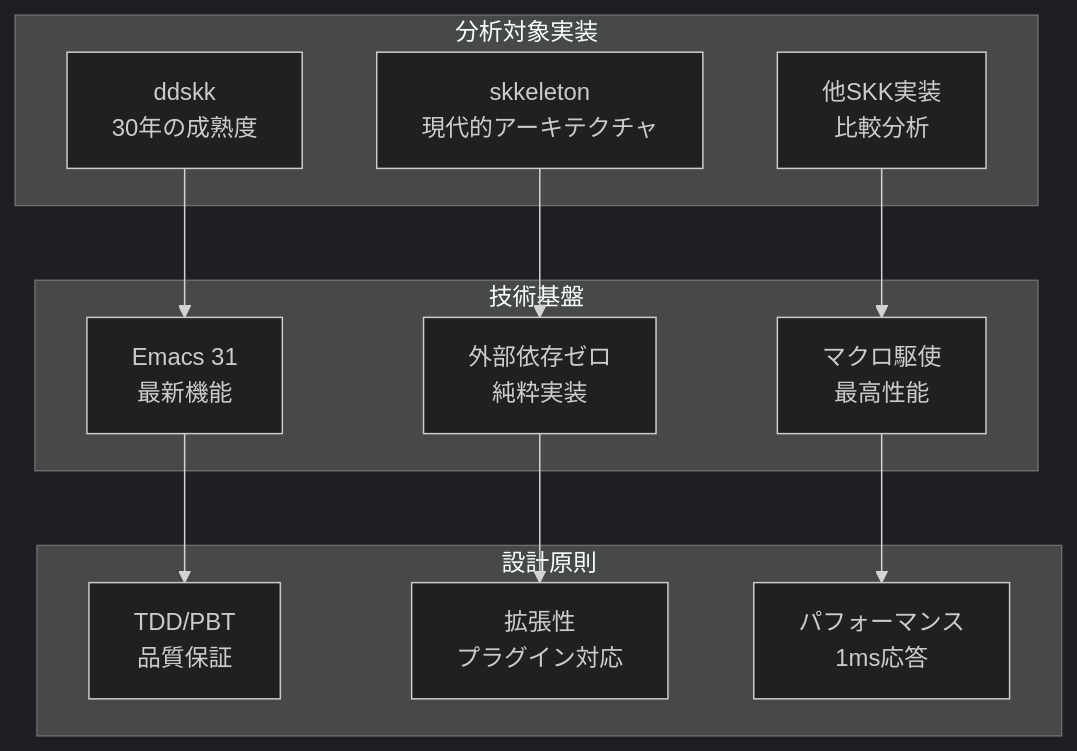
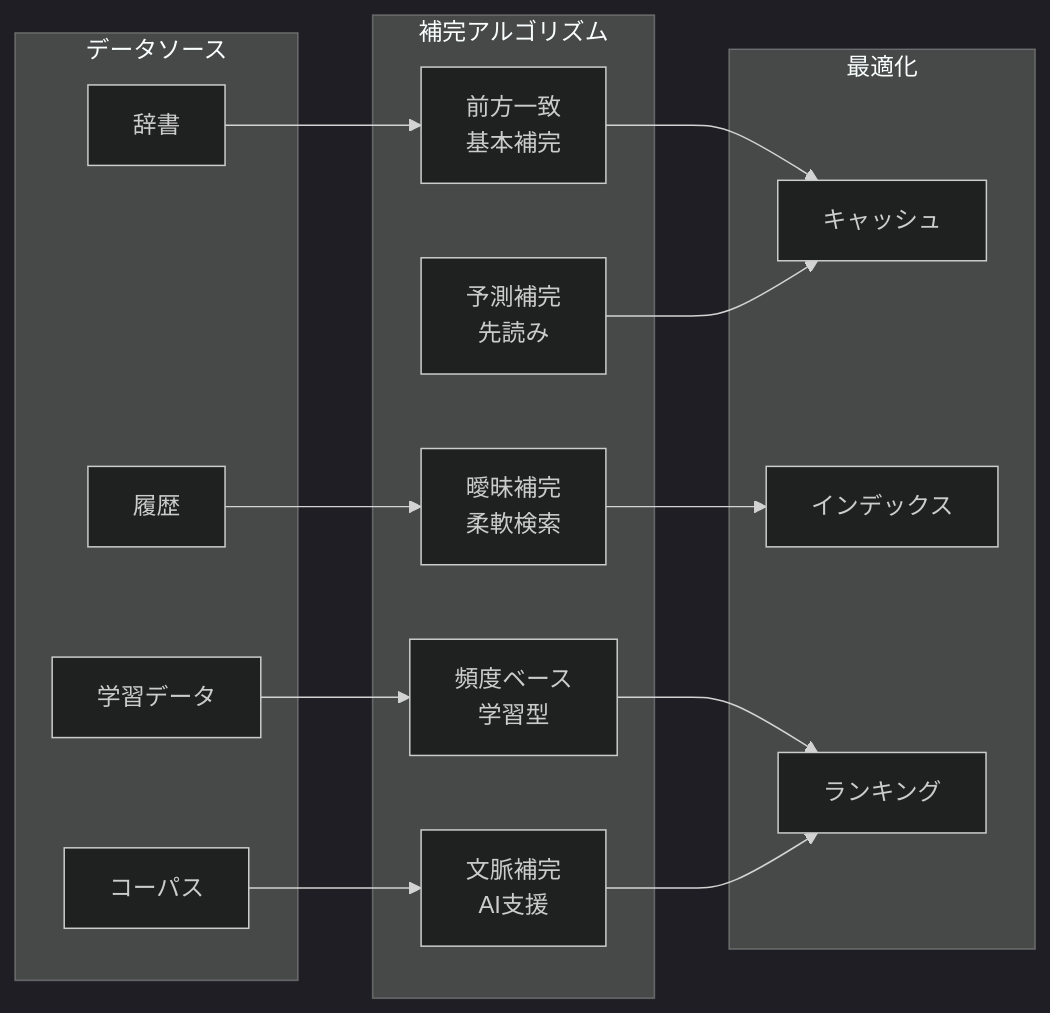
The third of 8 diagrams in docs/explanation/skk-comprehensive-feature-analysis.md (takeokunn/nskk.el), drawn with Mermaid (dark theme) before and after one commit. The commit also changed other lines of this file and 3 other files, not shown here.

````diff
--- a/docs/explanation/skk-comprehensive-feature-analysis.md
+++ b/docs/explanation/skk-comprehensive-feature-analysis.md
@@ -9,27 +170,34 @@
 ```mermaid
-graph TB
-    subgraph "分析対象実装"
-        A[ddskk<br/>30年の成熟度]
-        B[skkeleton<br/>現代的アーキテクチャ]
-        C[他SKK実装<br/>比較分析]
+graph LR
+    subgraph "補完アルゴリズム"
+        PREFIX[前方一致<br/>基本補完]
+        FUZZY[曖昧補完<br/>柔軟検索]
+        FREQ[頻度ベース<br/>学習型]
+        CONTEXT[文脈補完<br/>AI支援]
+        PREDICT[予測補完<br/>先読み]
     end
 
-    subgraph "技術基盤"
-        D[Emacs 31<br/>最新機能]
-        E[外部依存ゼロ<br/>純粋実装]
-        F[マクロ駆使<br/>最高性能]
+    subgraph "データソース"
+        DICT[辞書]
+        HISTORY[履歴]
+        LEARN[学習データ]
+        CORPUS[コーパス]
     end
 
-    subgraph "設計原則"
-        G[TDD/PBT<br/>品質保証]
-        H[拡張性<br/>プラグイン対応]
-        I[パフォーマンス<br/>1ms応答]
+    subgraph "最適化"
+        CACHE[キャッシュ]
+        INDEX[インデックス]
+        RANK[ランキング]
     end
 
-    A --> D
-    B --> E
-    C --> F
-    D --> G
-    E --> H
-    F --> I
+    DICT --> PREFIX
+    HISTORY --> FUZZY
+    LEARN --> FREQ
+    CORPUS --> CONTEXT
+
+    PREFIX --> CACHE
+    FUZZY --> INDEX
+    FREQ --> RANK
+    CONTEXT --> RANK
+    PREDICT --> CACHE
 ```
````
